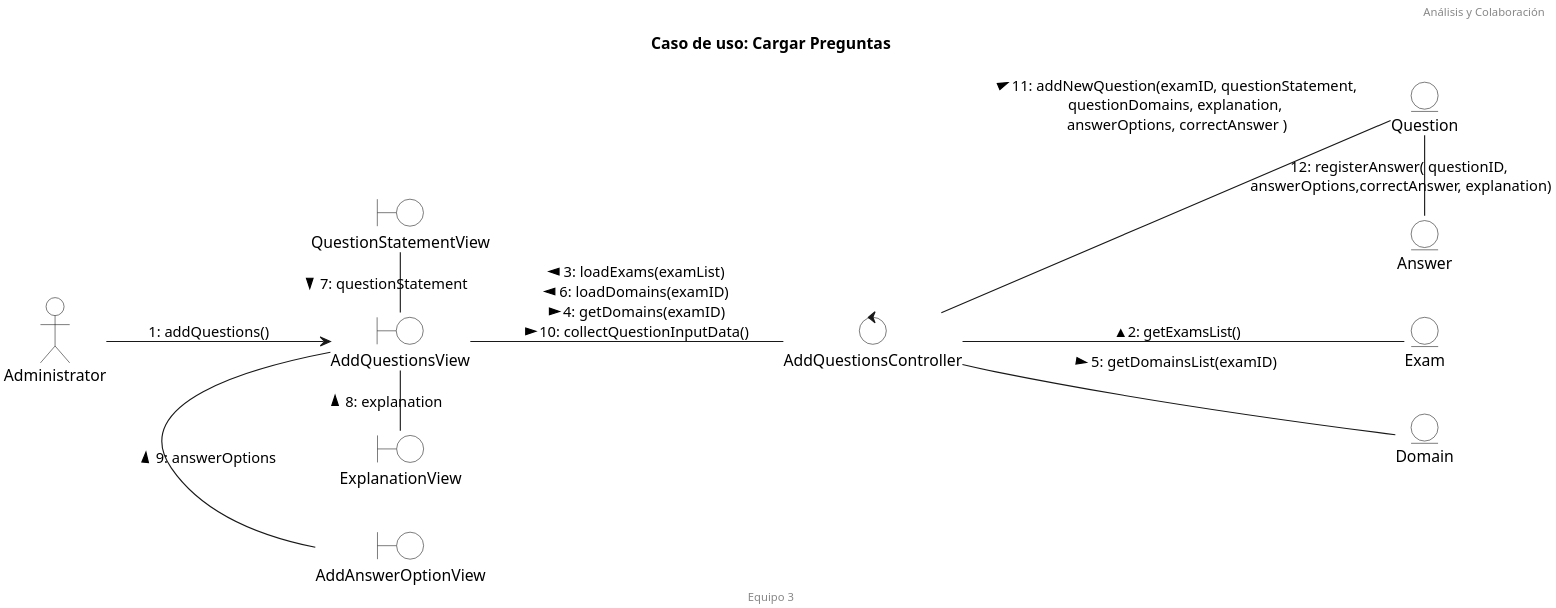
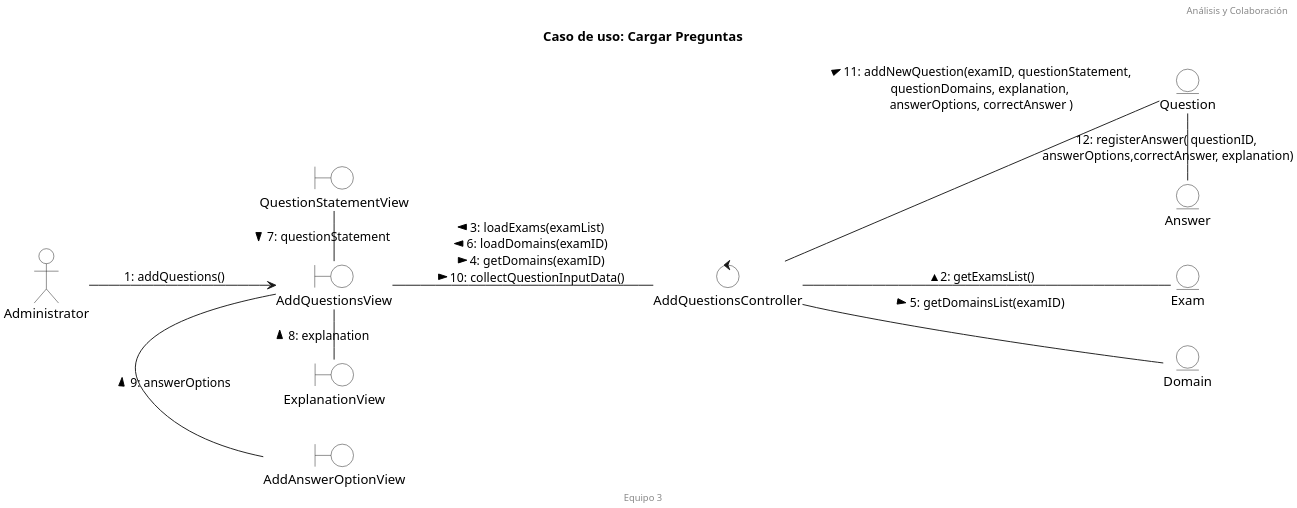
The diagram in docs/logicalView/analysisView/diagramas de colaboracion/diagramaMVC4.plantuml (febres35/EdTech_IS), drawn with PlantUML before and after one commit. The commit also changed 1 other file, not shown here.

Commit message:
Modificado Dpi diagrama de cargar preguntas

```diff
--- a/docs/logicalView/analysisView/diagramas de colaboracion/diagramaMVC4.plantuml
+++ b/docs/logicalView/analysisView/diagramas de colaboracion/diagramaMVC4.plantuml
@@ -1,38 +1,38 @@
 @startuml "Diagrama de colaboracion"
 
 title "Caso de uso: Cargar Preguntas"
 
 left to right direction
 
-skinparam Dpi 300
+skinparam Dpi 250
 skinparam EntityBackgroundColor white
 skinparam BoundaryBackgroundColor white
 skinparam ControlBackgroundColor white
 skinparam ActorBackgroundColor white
 
 header Análisis y Colaboración
 footer Equipo 3
 
 actor "Administrator" as ad
 boundary "AddQuestionsView" as AQV
 boundary "QuestionStatementView" as QSV
 boundary "AddAnswerOptionView" as AAOV
 boundary "ExplanationView" as EV
 control "AddQuestionsController" as CAQC
 entity "Exam" as ex
 entity "Question" as que
 entity "Answer" as ans
 entity "Domain" as dom
 
 
 ad-->AQV : 1: addQuestions()
 AQV-Left-QSV : 7: questionStatement <
 AQV-AAOV : 9: answerOptions <
 AQV-EV : 8: explanation <
 AQV--CAQC : 3: loadExams(examList) <\n6: loadDomains(examID) <\n4: getDomains(examID) >\n10: collectQuestionInputData() >
 CAQC--ex : ▲2: getExamsList() 
 CAQC--dom : 5: getDomainsList(examID) >
 CAQC--que :11: addNewQuestion(examID, questionStatement, >\nquestionDomains, explanation, \nanswerOptions, correctAnswer )
 que-ans : 12: registerAnswer( questionID, \nanswerOptions,correctAnswer, explanation)
 
 @enduml
```
